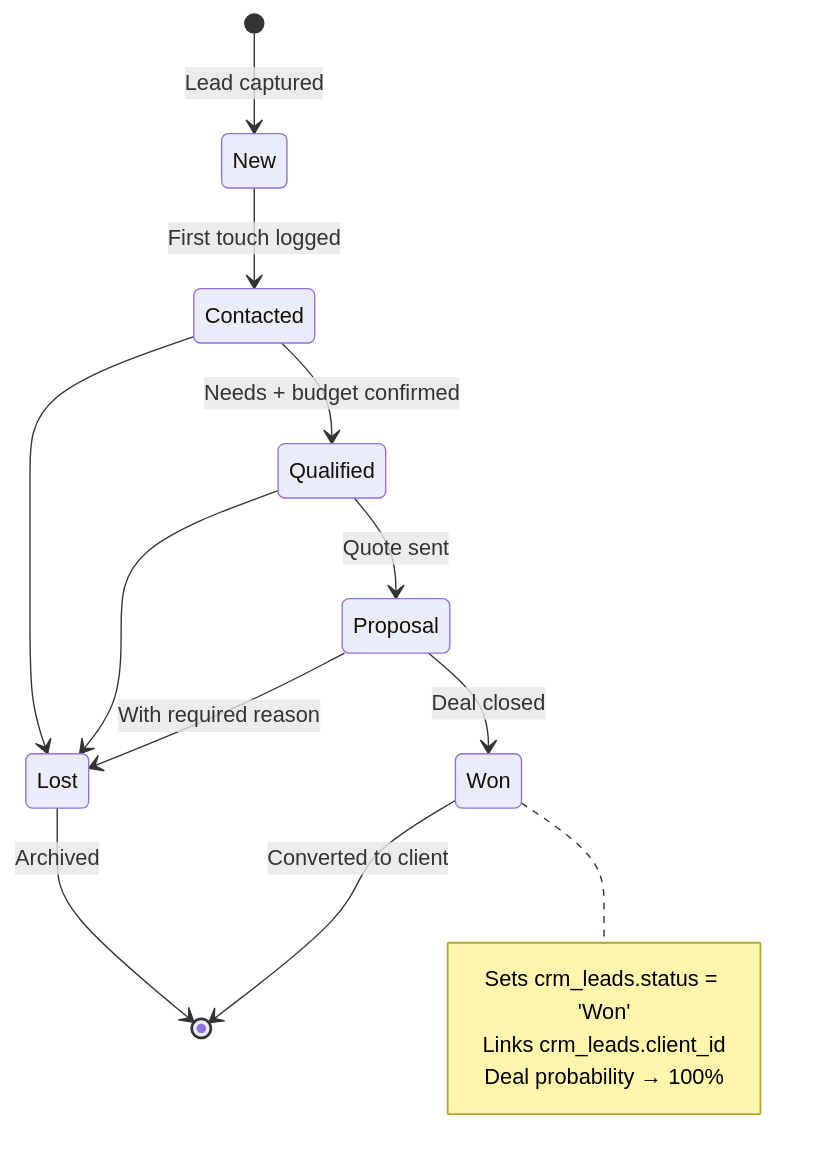
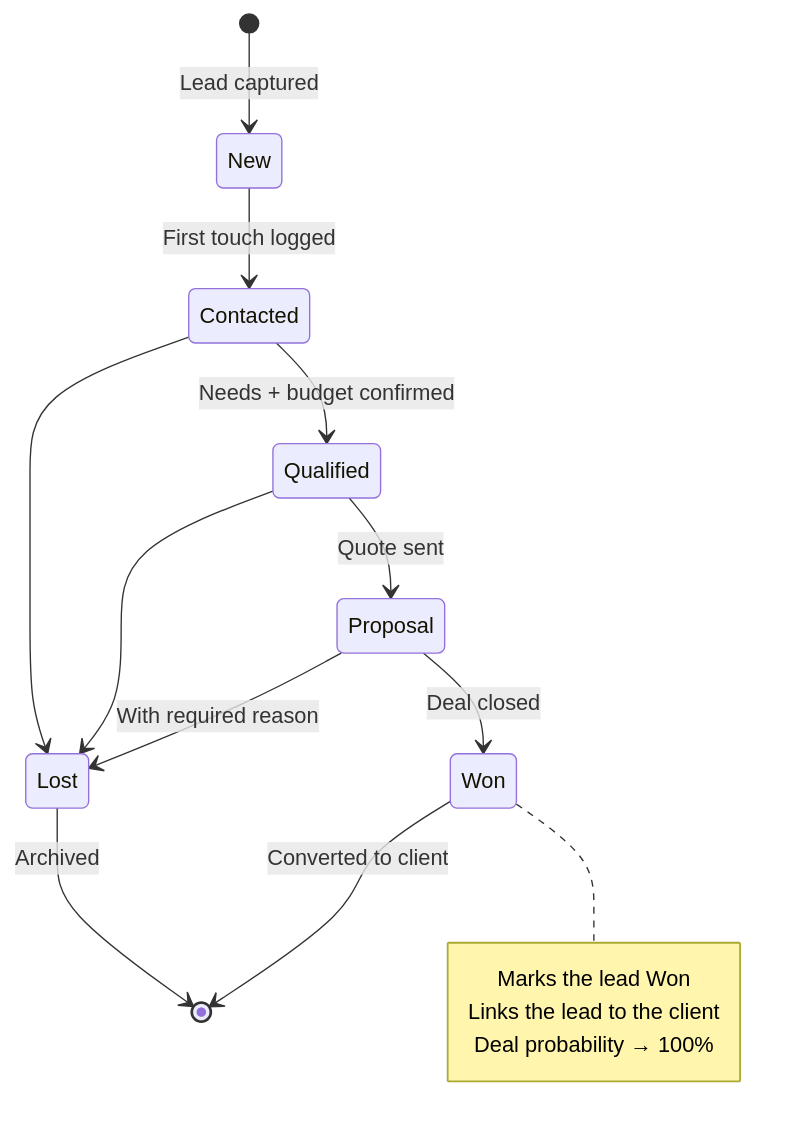
The diagram in docs/manual/docs/sales/crm.md (quilit-dev/quilit-erp), drawn with Mermaid before and after one commit. The commit also changed other lines of this file and 58 other files, not shown here.

````diff
--- a/docs/manual/docs/sales/crm.md
+++ b/docs/manual/docs/sales/crm.md
@@ -133,19 +133,19 @@
 ```mermaid
 stateDiagram-v2
     [*] --> New : Lead captured
     New --> Contacted : First touch logged
     Contacted --> Qualified : Needs + budget confirmed
     Qualified --> Proposal : Quote sent
     Proposal --> Won : Deal closed
     Proposal --> Lost : With required reason
     Qualified --> Lost
     Contacted --> Lost
     Won --> [*] : Converted to client
     Lost --> [*] : Archived
 
     note right of Won
-        Sets crm_leads.status = 'Won'
-        Links crm_leads.client_id
+        Marks the lead Won
+        Links the lead to the client
         Deal probability → 100%
     end note
 ```
````
